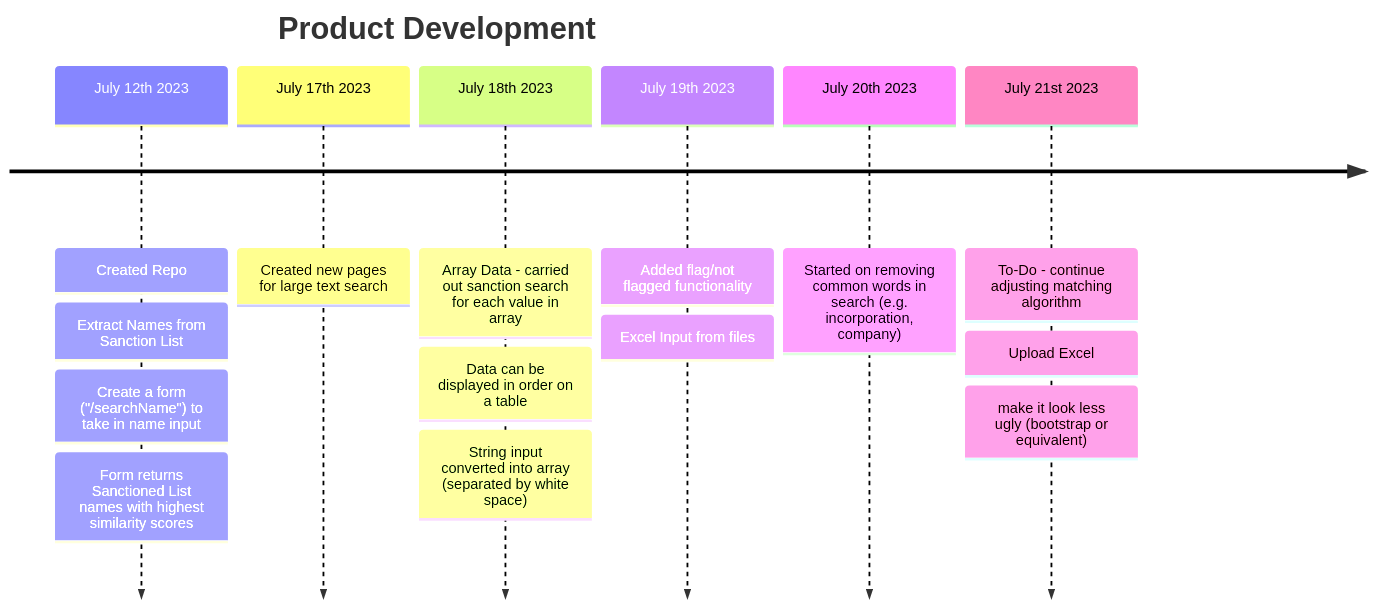
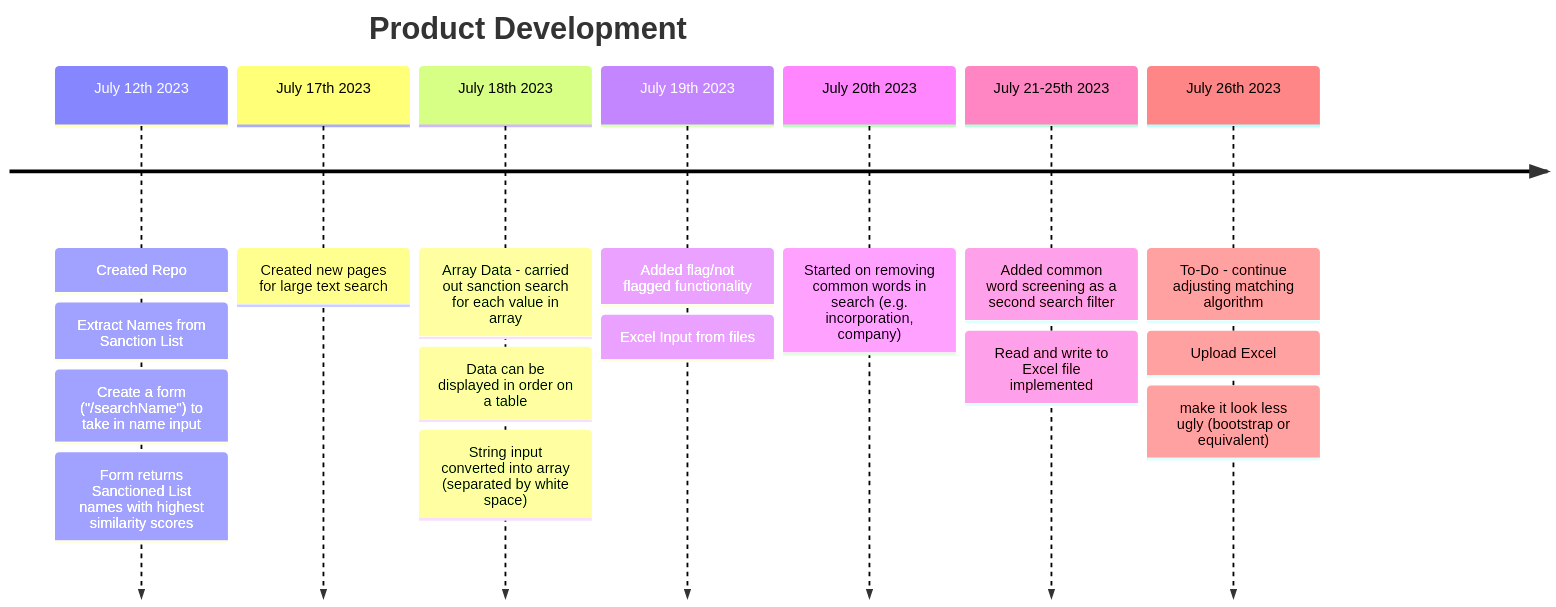
One commit to james-csy/sanctionlistchecker changed the diagram in README.md. Above: the diagram before and after it, drawn with Mermaid.

````diff
--- a/README.md
+++ b/README.md
@@ -6,10 +6,11 @@
 ```mermaid
 timeline
     title Product Development
     July 12th 2023: Created Repo: Extract Names from Sanction List: Create a form ("/searchName") to take in name input: Form returns Sanctioned List names with highest similarity scores
     July 17th 2023: Created new pages for large text search
     July 18th 2023: Array Data - carried out sanction search for each value in array: Data can be displayed in order on a table: String input converted into array (separated by white space)
     July 19th 2023: Added flag/not flagged functionality: Excel Input from files
     July 20th 2023: Started on removing common words in search (e.g. incorporation, company)
-    July 21st 2023: To-Do - continue adjusting matching algorithm: Upload Excel: make it look less ugly (bootstrap or equivalent)
+    July 21-25th 2023: Added common word screening as a second search filter: Read and write to Excel file implemented
+    July 26th 2023: To-Do - continue adjusting matching algorithm: Upload Excel: make it look less ugly (bootstrap or equivalent)
 ```
````
